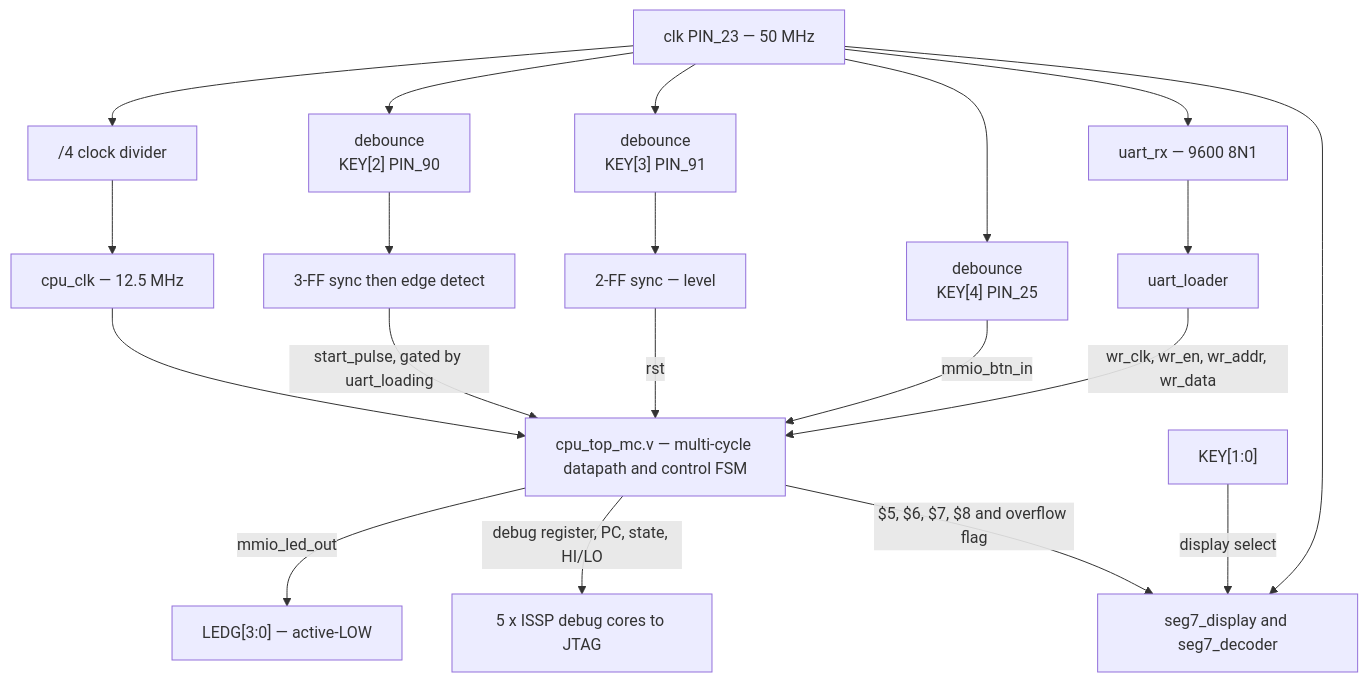
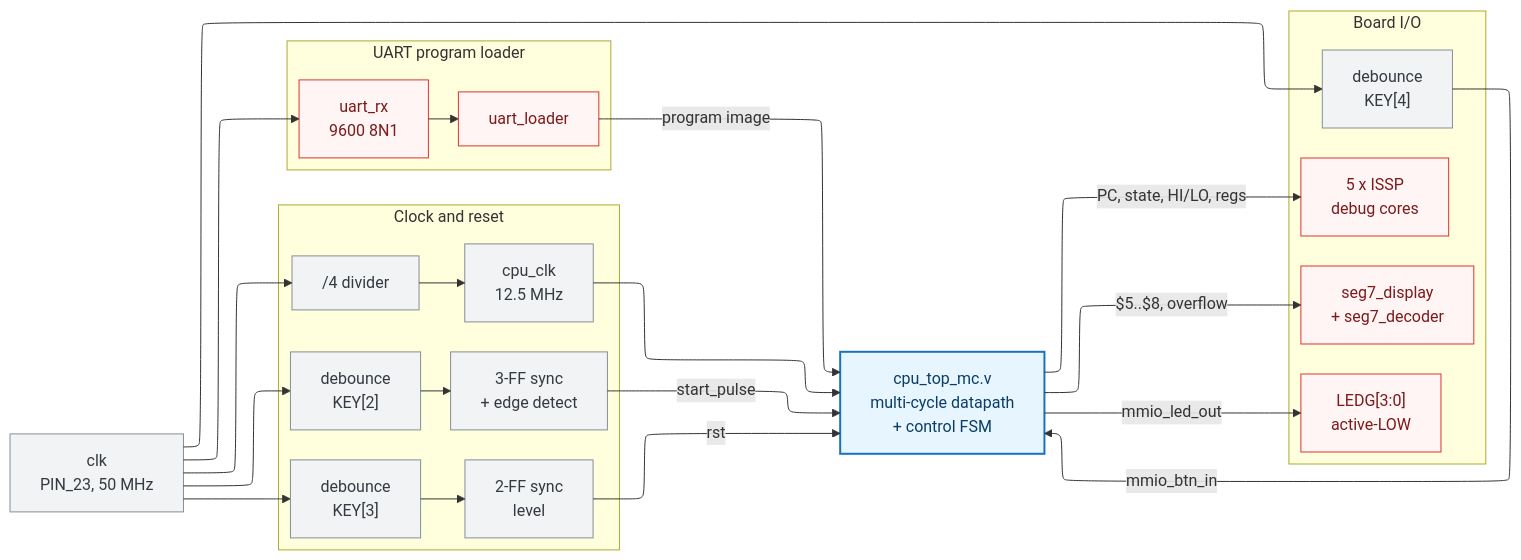
The first of 11 diagrams in ARCHITECTURE.md (AtikRahat/mips-multi-cycle-cpu), drawn with Mermaid before and after one commit. The commit also changed other lines of this file and 13 other files, not shown here.

First line of the commit message:
Switch architecture diagrams to the ELK layout engine

````diff
--- a/ARCHITECTURE.md
+++ b/ARCHITECTURE.md
@@ -19,51 +31,49 @@
 ```mermaid
-flowchart TB
-    CLK["clk PIN_23 — 50 MHz"]
+%%{init: {"flowchart": {"defaultRenderer": "elk"}} }%%
+flowchart LR
+    CLK["clk<br/>PIN_23, 50 MHz"]
 
-    DIV["/4 clock divider"]
-    CCP["cpu_clk — 12.5 MHz"]
+    subgraph SYN["Clock and reset"]
+        direction TB
+        DIV["/4 divider"]
+        CCP["cpu_clk<br/>12.5 MHz"]
+        D2["debounce<br/>KEY[2]"]
+        SY2["3-FF sync<br/>+ edge detect"]
+        D3["debounce<br/>KEY[3]"]
+        SY3["2-FF sync<br/>level"]
+    end
 
-    D2["debounce<br/>KEY[2] PIN_90"]
-    D3["debounce<br/>KEY[3] PIN_91"]
-    D4["debounce<br/>KEY[4] PIN_25"]
+    subgraph SER["UART program loader"]
+        direction TB
+        URX["uart_rx<br/>9600 8N1"]
+        ULD["uart_loader"]
+    end
 
-    SY2["3-FF sync then edge detect"]
-    SY3["2-FF sync — level"]
+    CPU["cpu_top_mc.v<br/>multi-cycle datapath<br/>+ control FSM"]
 
-    URX["uart_rx — 9600 8N1"]
-    ULD["uart_loader"]
+    subgraph PER["Board I/O"]
+        direction TB
+        D4["debounce<br/>KEY[4]"]
+        SEG["seg7_display<br/>+ seg7_decoder"]
+        LED["LEDG[3:0]<br/>active-LOW"]
+        DBG["5 x ISSP<br/>debug cores"]
+    end
 
-    CPU["cpu_top_mc.v — multi-cycle datapath and control FSM"]
-
-    SEG["seg7_display and seg7_decoder"]
-    LED["LEDG[3:0] — active-LOW"]
-    DBG["5 x ISSP debug cores to JTAG"]
-
-    CLK --> DIV
-    DIV --> CCP
-    CCP --> CPU
-
-    CLK --> D2
-    CLK --> D3
-    CLK --> D4
-    CLK --> URX
-    CLK --> SEG
-
-    D2 --> SY2
-    SY2 -->|"start_pulse, gated by uart_loading"| CPU
-
-    D3 --> SY3
-    SY3 -->|rst| CPU
-
-    D4 -->|mmio_btn_in| CPU
-
-    URX --> ULD
-    ULD -->|"wr_clk, wr_en, wr_addr, wr_data"| CPU
+    CLK --> DIV --> CCP --> CPU
+    CLK --> D2 --> SY2 -->|start_pulse| CPU
+    CLK --> D3 --> SY3 -->|rst| CPU
+    CLK --> D4 -->|mmio_btn_in| CPU
+    CLK --> URX --> ULD -->|"program image"| CPU
 
     CPU -->|mmio_led_out| LED
-    CPU -->|"debug register, PC, state, HI/LO"| DBG
-    CPU -->|"$5, $6, $7, $8 and overflow flag"| SEG
+    CPU -->|"PC, state, HI/LO, regs"| DBG
+    CPU -->|"$5..$8, overflow"| SEG
 
-    KEY10["KEY[1:0]"]
-    KEY10 -->|display select| SEG
+    classDef clk fill:#f1f3f5,stroke:#868e96,color:#343a40
+    classDef cpu fill:#e7f5ff,stroke:#1971c2,color:#0b3d66,stroke-width:2px
+    classDef io fill:#fff5f5,stroke:#e03131,color:#7d1a1a
+
+    class CLK,DIV,CCP,D2,SY2,D3,SY3,D4 clk
+    class CPU cpu
+    class URX,ULD,SEG,LED,DBG io
 ```
````
